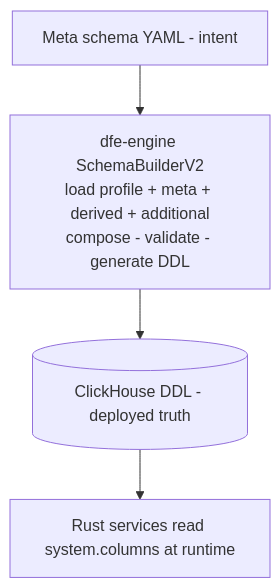
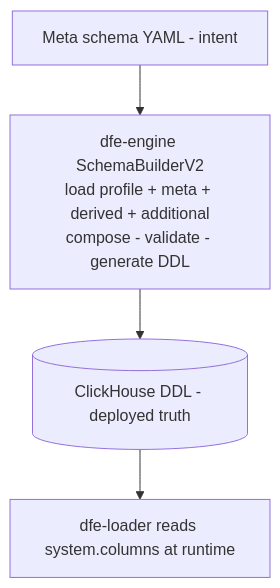
One commit to hyperi-io/dfe-schemas changed the first of 2 diagrams in docs/meta-schema.md. Above: the diagram before and after it, drawn with Mermaid. The commit also changed other lines of this file and 8 other files, not shown here.

First line of the commit message:
docs(schemas): match the pages to the code (#123)

````diff
--- a/docs/meta-schema.md
+++ b/docs/meta-schema.md
@@ -10,6 +9,6 @@
 ```mermaid
 flowchart TB
     YAML[Meta schema YAML - intent] --> B["dfe-engine SchemaBuilderV2<br/>load profile + meta + derived + additional<br/>compose - validate - generate DDL"]
     B --> DDL[(ClickHouse DDL - deployed truth)]
-    DDL --> RUST[Rust services read system.columns at runtime]
+    DDL --> RUST[dfe-loader reads system.columns at runtime]
 ```
````
